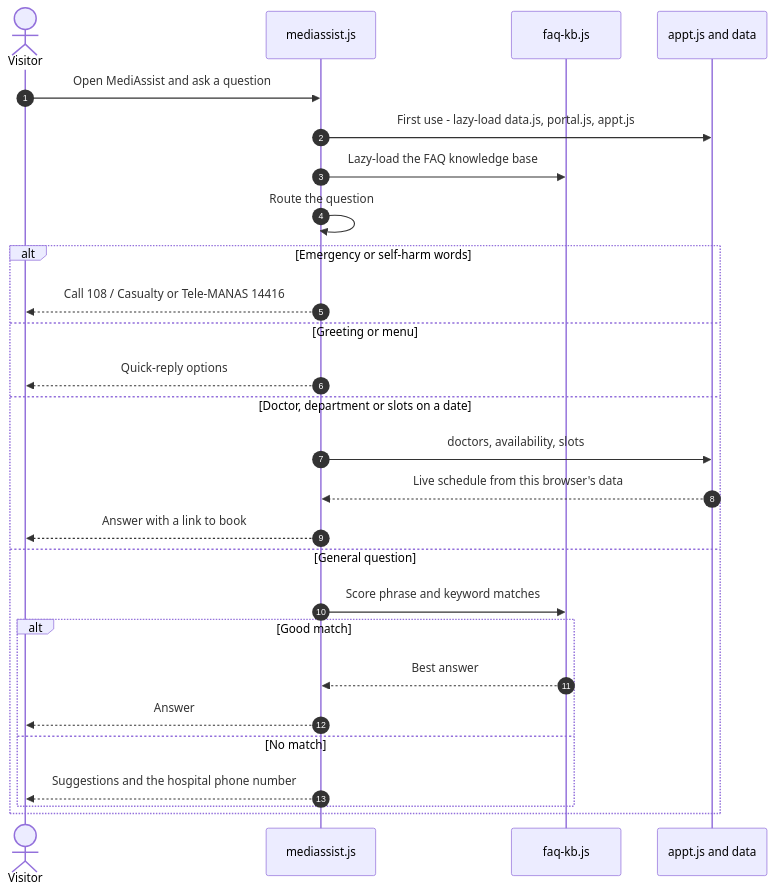
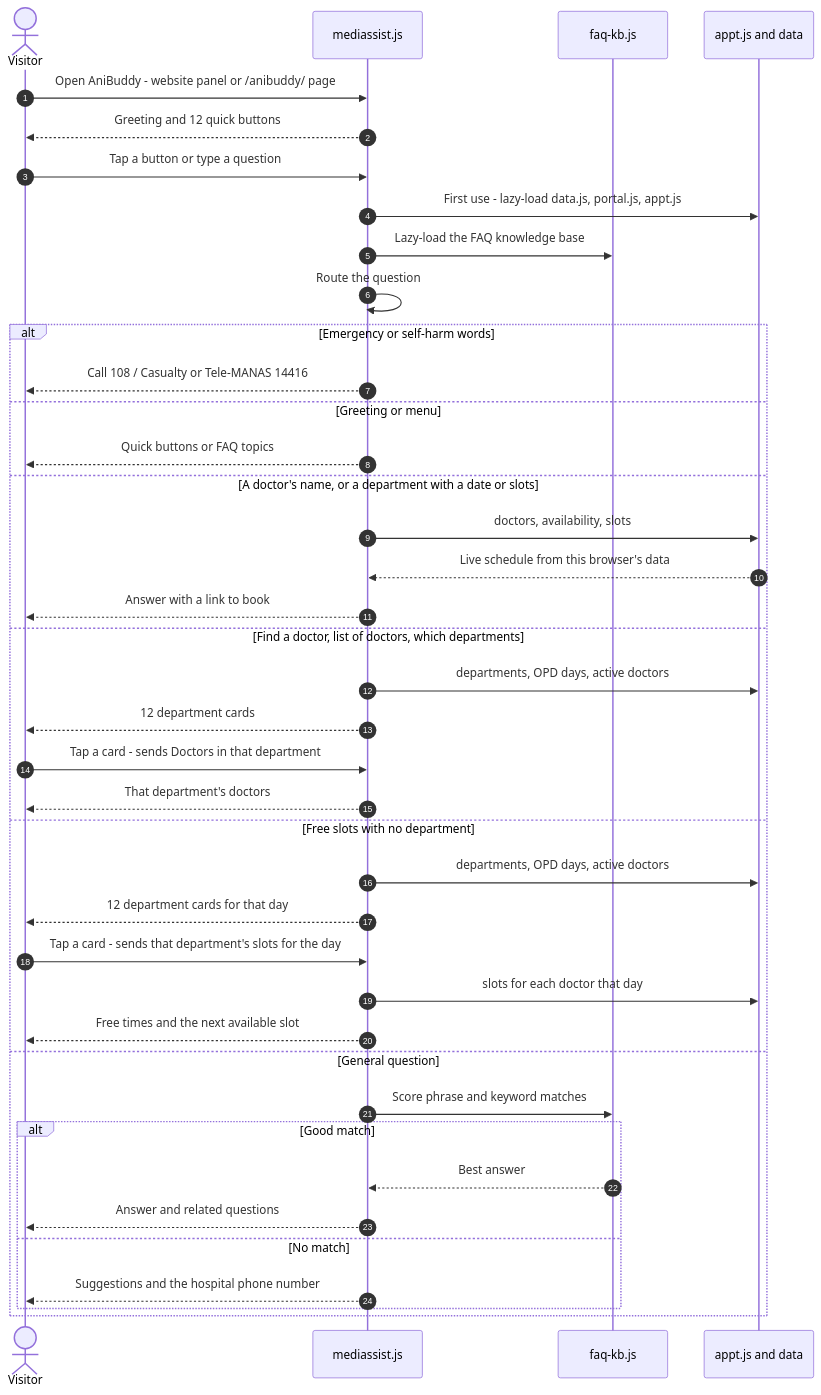
One commit to bharathdrive-ai/AnI-HealthcareServices changed the eighth of 8 diagrams in README.md. Above: the diagram before and after it, drawn with Mermaid. The commit also changed other lines of this file, not shown here.

First line of the commit message:
docs: AniBuddy quick buttons and department cards in the architecture diagrams

````diff
--- a/README.md
+++ b/README.md
@@ -307,30 +332,43 @@
 ```mermaid
 sequenceDiagram
     autonumber
     actor V as Visitor
     participant MA as mediassist.js
     participant KB as faq-kb.js
     participant A as appt.js and data
 
-    V->>MA: Open MediAssist and ask a question
+    V->>MA: Open AniBuddy - website panel or /anibuddy/ page
+    MA-->>V: Greeting and 12 quick buttons
+    V->>MA: Tap a button or type a question
     MA->>A: First use - lazy-load data.js, portal.js, appt.js
     MA->>KB: Lazy-load the FAQ knowledge base
     MA->>MA: Route the question
     alt Emergency or self-harm words
         MA-->>V: Call 108 / Casualty or Tele-MANAS 14416
     else Greeting or menu
-        MA-->>V: Quick-reply options
-    else Doctor, department or slots on a date
+        MA-->>V: Quick buttons or FAQ topics
+    else A doctor's name, or a department with a date or slots
         MA->>A: doctors, availability, slots
         A-->>MA: Live schedule from this browser's data
         MA-->>V: Answer with a link to book
+    else Find a doctor, list of doctors, which departments
+        MA->>A: departments, OPD days, active doctors
+        MA-->>V: 12 department cards
+        V->>MA: Tap a card - sends Doctors in that department
+        MA-->>V: That department's doctors
+    else Free slots with no department
+        MA->>A: departments, OPD days, active doctors
+        MA-->>V: 12 department cards for that day
+        V->>MA: Tap a card - sends that department's slots for the day
+        MA->>A: slots for each doctor that day
+        MA-->>V: Free times and the next available slot
     else General question
         MA->>KB: Score phrase and keyword matches
         alt Good match
             KB-->>MA: Best answer
-            MA-->>V: Answer
+            MA-->>V: Answer and related questions
         else No match
             MA-->>V: Suggestions and the hospital phone number
         end
     end
 ```
````
